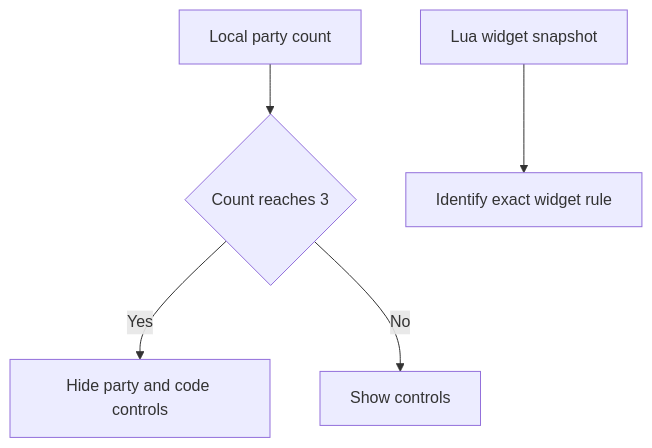
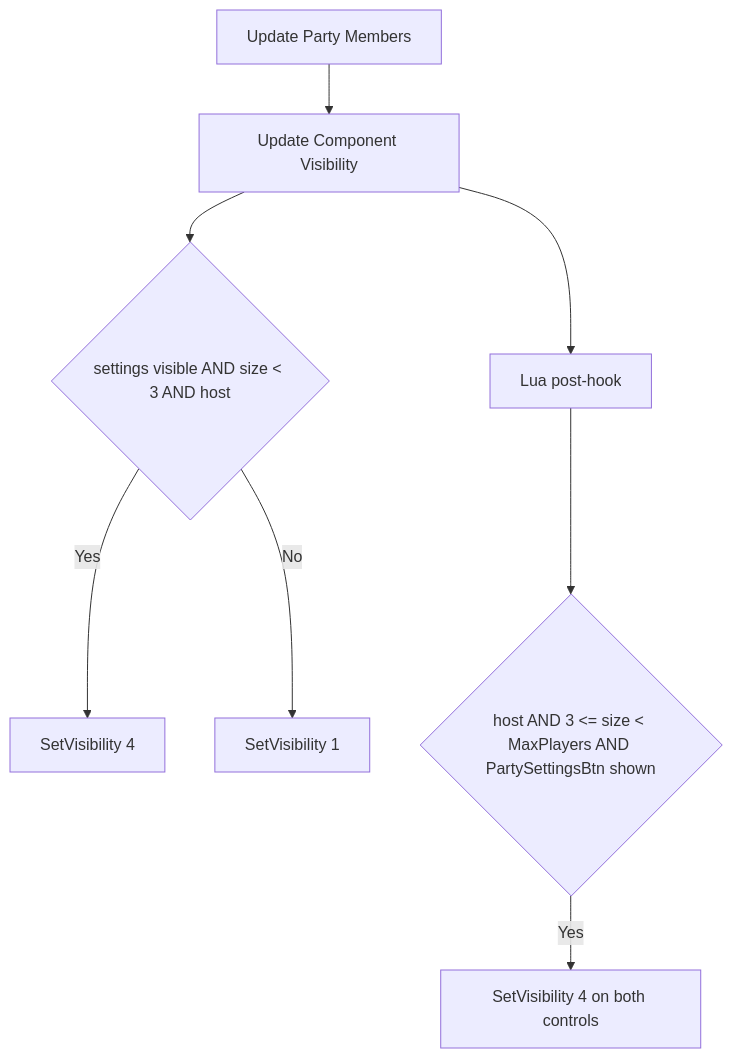
The diagram in lode/runtime/party-ui.md (TheAngryByrd/Wayfinder-Mods), drawn with Mermaid before and after one commit. The commit also changed other lines of this file and 13 other files, not shown here.

````diff
--- a/lode/runtime/party-ui.md
+++ b/lode/runtime/party-ui.md
@@ -7,7 +8,10 @@
 ```mermaid
 flowchart TD
-    Count[Local party count] --> Check{Count reaches 3}
-    Check -->|Yes| Hide[Hide party and code controls]
-    Check -->|No| Show[Show controls]
-    Diagnostics[Lua widget snapshot] --> Identify[Identify exact widget rule]
+    Update[Update Party Members] --> Visibility[Update Component Visibility]
+    Visibility --> Rule{settings visible AND size < 3 AND host}
+    Rule -->|Yes| Show[SetVisibility 4]
+    Rule -->|No| Hide[SetVisibility 1]
+    Visibility --> Hook[Lua post-hook]
+    Hook --> Check{host AND 3 <= size < MaxPlayers AND PartySettingsBtn shown}
+    Check -->|Yes| Restore[SetVisibility 4 on both controls]
 ```
````
